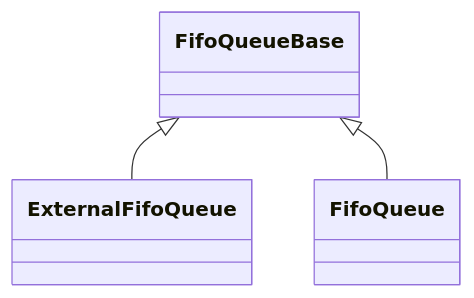
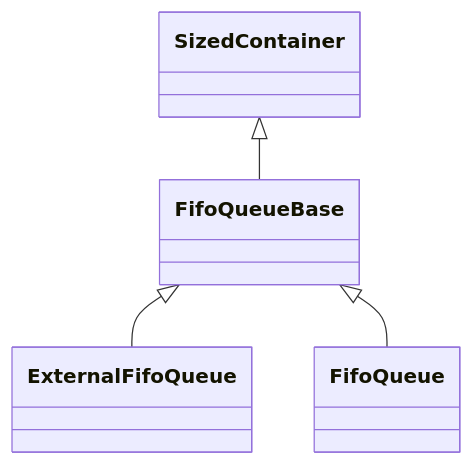
The second of 4 diagrams in Fw/DataStructures/docs/sdd.md (nasa/fprime), drawn with Mermaid before and after one commit. The commit also changed other lines of this file, not shown here.

````diff
--- a/Fw/DataStructures/docs/sdd.md
+++ b/Fw/DataStructures/docs/sdd.md
@@ -89,5 +93,6 @@
 ```mermaid
 classDiagram
+    SizedContainer <|-- FifoQueueBase
     FifoQueueBase <|-- ExternalFifoQueue
     FifoQueueBase <|-- FifoQueue
 ```
````
